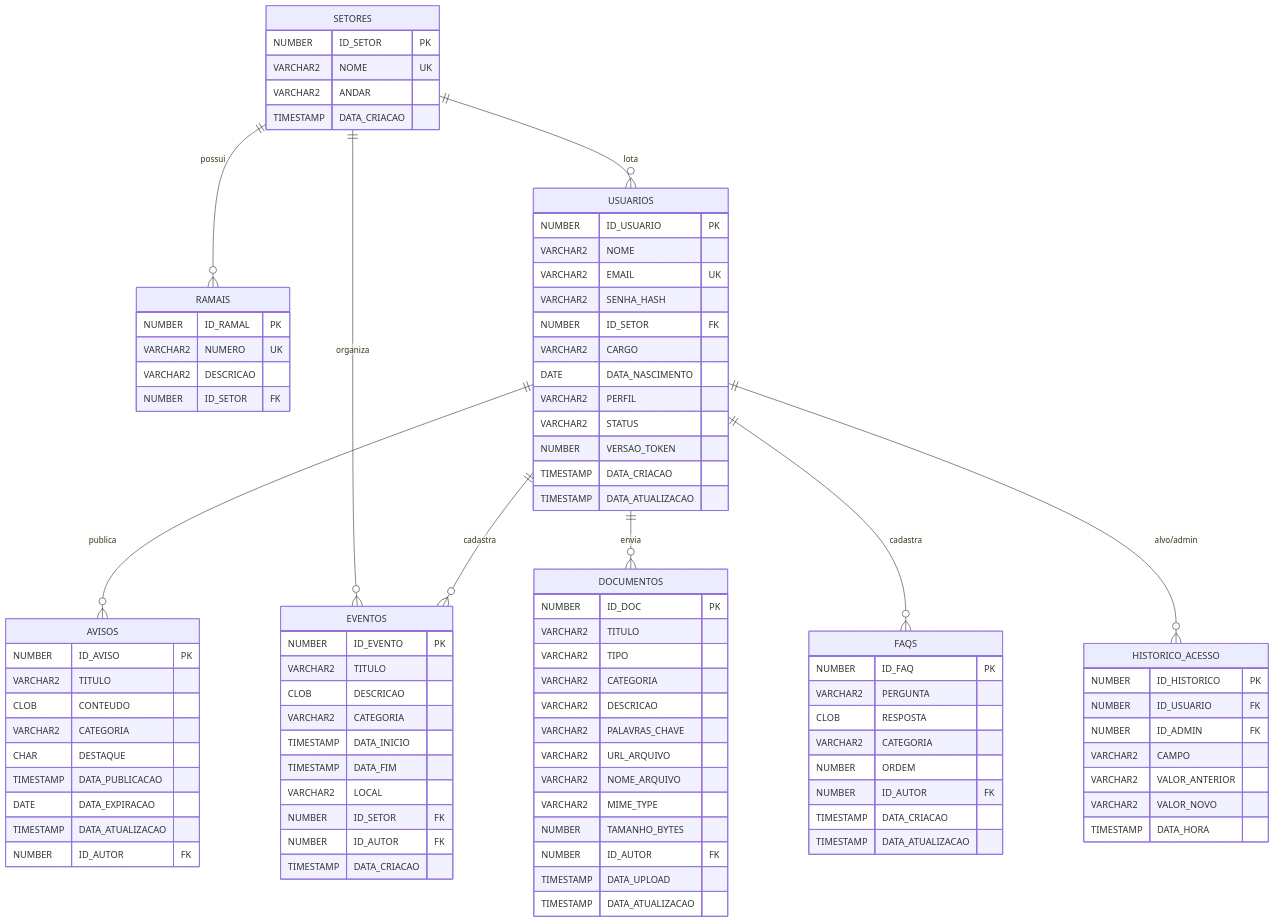
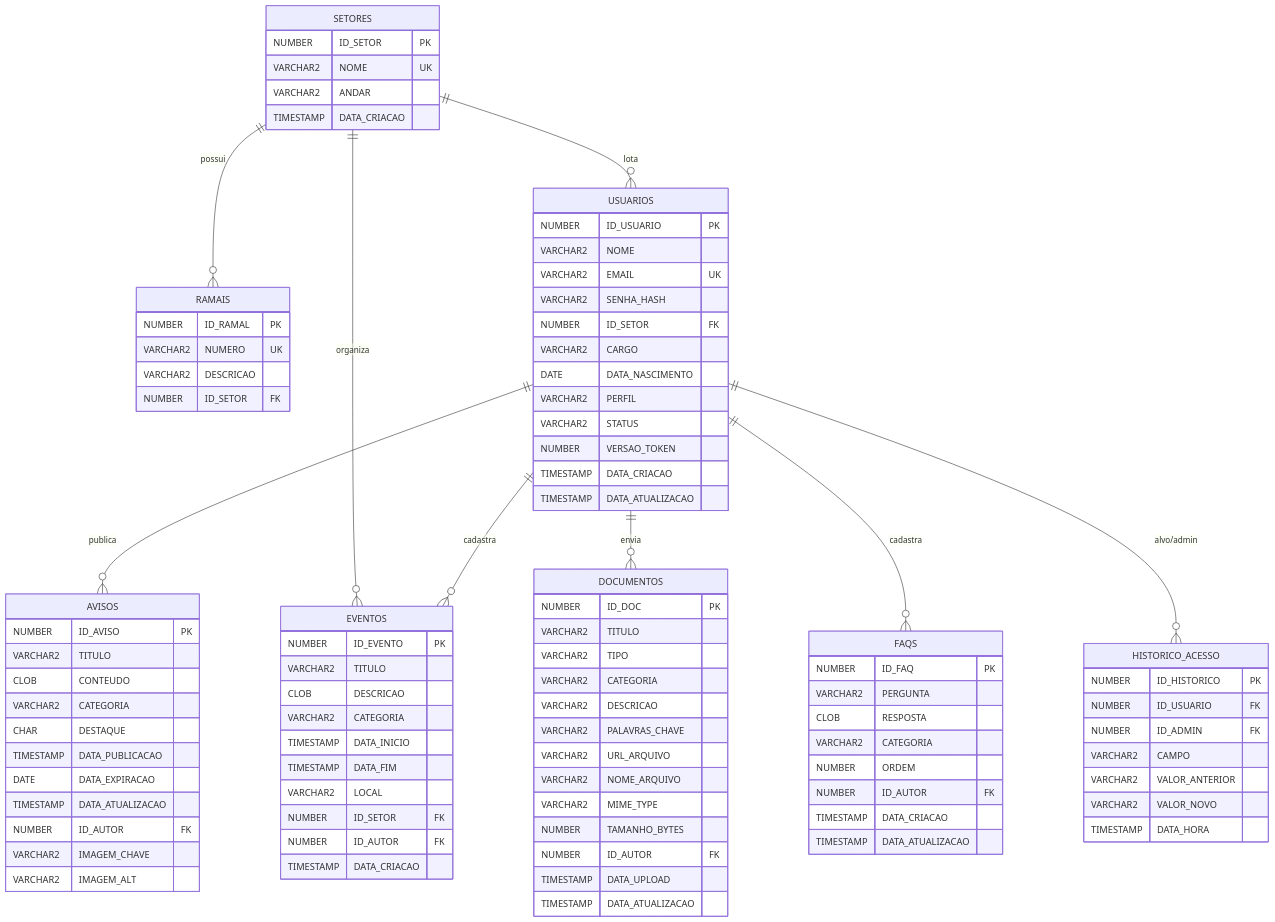
One commit to felipe0052/Sistema_Hospitalar changed the diagram in docs/banco.md. Above: the diagram before and after it, drawn with Mermaid.

Commit message:
Adicionadas as imagens ao docs do banco

```diff
--- a/docs/banco.md
+++ b/docs/banco.md
@@ -66,6 +66,8 @@
     DATE DATA_EXPIRACAO
     TIMESTAMP DATA_ATUALIZACAO
     NUMBER ID_AUTOR FK
+    VARCHAR2 IMAGEM_CHAVE
+    VARCHAR2 IMAGEM_ALT
   }
 
   EVENTOS {
```
